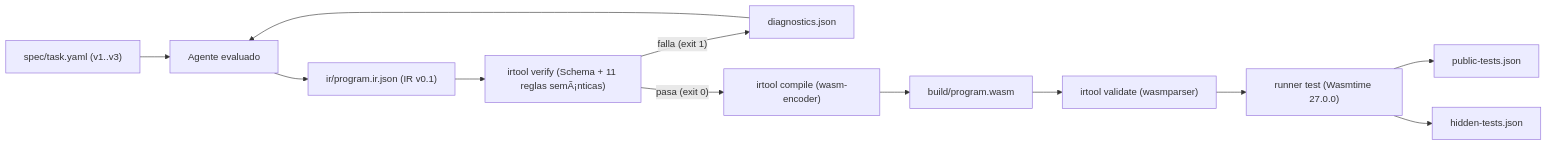
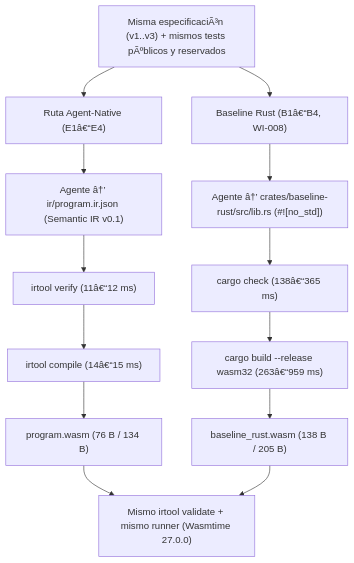
One commit to Trycatch-tv/poc-agent-native changed the diagram in knowledge/delivery/poc-report.md. Above: the diagram before and after it, drawn with Mermaid. The commit also changed other lines of this file and 54 other files, not shown here.

Commit message:
feat(wi-008): complete paired Rust->WASM benchmark and generate BENCHMARK_REPORT.md

````diff
--- a/knowledge/delivery/poc-report.md
+++ b/knowledge/delivery/poc-report.md
@@ -65,14 +66,18 @@
 ```mermaid
-flowchart LR
-    SPEC["spec/task.yaml (v1..v3)"] --> AGENT["Agente evaluado"]
-    DIAG["diagnostics.json"] --> AGENT
-    AGENT --> IR["ir/program.ir.json (IR v0.1)"]
-    IR --> VERIFY["irtool verify (Schema + 11 reglas semÃ¡nticas)"]
-    VERIFY -->|"falla (exit 1)"| DIAG
-    VERIFY -->|"pasa (exit 0)"| COMPILE["irtool compile (wasm-encoder)"]
-    COMPILE --> WASM["build/program.wasm"]
-    WASM --> VALIDATE["irtool validate (wasmparser)"]
-    VALIDATE --> RUNNER["runner test (Wasmtime 27.0.0)"]
-    RUNNER --> PUB["public-tests.json"]
-    RUNNER --> HID["hidden-tests.json"]
+flowchart TD
+    S["Misma especificaciÃ³n (v1..v3) + mismos tests pÃºblicos y reservados"]
+    S --> IRA["Ruta Agent-Native (E1â€“E4)"]
+    IRA --> A1["Agente â†’ ir/program.ir.json (Semantic IR v0.1)"]
+    A1 --> A2["irtool verify (11â€“12 ms)"]
+    A2 --> A3["irtool compile (14â€“15 ms)"]
+    A3 --> WA["program.wasm (76 B / 134 B)"]
+
+    S --> RB["Baseline Rust (B1â€“B4, WI-008)"]
+    RB --> R1["Agente â†’ crates/baseline-rust/src/lib.rs (#![no_std])"]
+    R1 --> R2["cargo check (138â€“365 ms)"]
+    R2 --> R3["cargo build --release wasm32 (263â€“959 ms)"]
+    R3 --> WR["baseline_rust.wasm (138 B / 205 B)"]
+
+    WA --> H["Mismo irtool validate + mismo runner (Wasmtime 27.0.0)"]
+    WR --> H
 ```
````
